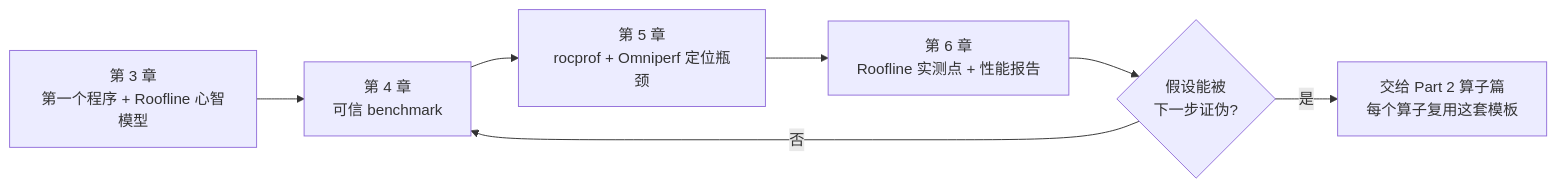
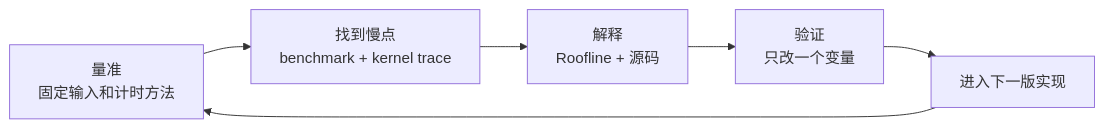
The second of 2 diagrams in docs/part1-profiling/chapter6/index.md (Weihong-Liu/hello-gpu), drawn with Mermaid before and after one commit. The commit also changed other lines of this file and 14 other files, not shown here.

Commit message:
docs(part1): 简化 profiling 教程与 Roofline 图

````diff
--- a/docs/part1-profiling/chapter6/index.md
+++ b/docs/part1-profiling/chapter6/index.md
@@ -351,9 +195,8 @@
 ```mermaid
 flowchart LR
-    A[第 3 章<br/>第一个程序 + Roofline 心智模型] --> B[第 4 章<br/>可信 benchmark]
-    B --> C[第 5 章<br/>rocprof + Omniperf 定位瓶颈]
-    C --> D[第 6 章<br/>Roofline 实测点 + 性能报告]
-    D --> E{假设能被<br/>下一步证伪?}
-    E -- 是 --> F[交给 Part 2 算子篇<br/>每个算子复用这套模板]
-    E -- 否 --> B
+    A[量准<br/>固定输入和计时方法] --> B[找到慢点<br/>benchmark + kernel trace]
+    B --> C[解释<br/>Roofline + 源码]
+    C --> D[验证<br/>只改一个变量]
+    D --> E[进入下一版实现]
+    E --> A
 ```
````
